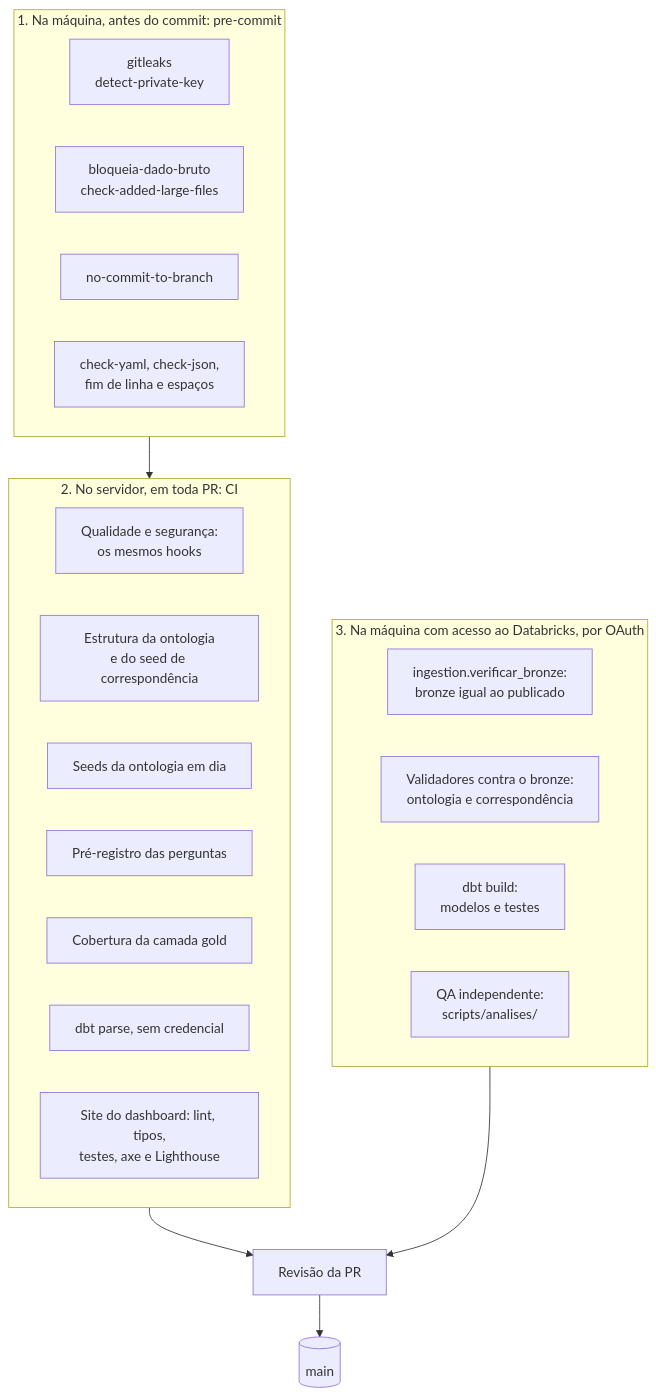
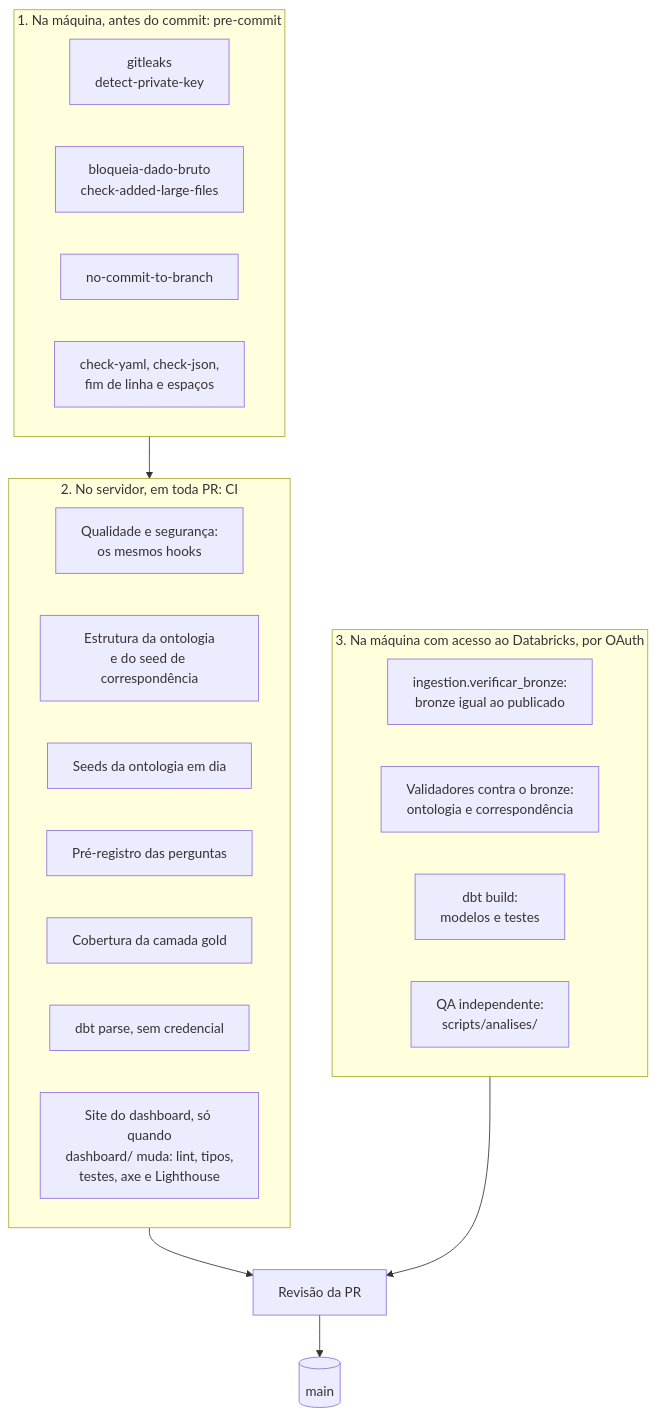
One commit to RCHRDYv/bcb-credito-governanca changed the third of 3 diagrams in docs/arquitetura.md. Above: the diagram before and after it, drawn with Mermaid. The commit also changed 1 other file, not shown here.

Commit message:
CI: o job do site roda so quando o site muda
Um job curto compara a PR com a base, ou o push com o commit anterior,
por git diff e sem action de terceiros. O job do site, o mais longo do
CI, so roda quando muda algo em dashboard/ ou no proprio workflow. Sem
base para comparar, roda tudo. A publicacao no Pages segue o job do site:
se ele for pulado, o site nao mudou. Qualidade e coerencia dos artefatos
continuam rodando sempre.

Closes #105

````diff
--- a/docs/arquitetura.md
+++ b/docs/arquitetura.md
@@ -222,32 +222,32 @@
 ```mermaid
 flowchart TB
     subgraph local["1. Na máquina, antes do commit: pre-commit"]
         direction LR
         h_seg["gitleaks<br/>detect-private-key"]
         h_dado["bloqueia-dado-bruto<br/>check-added-large-files"]
         h_ramo["no-commit-to-branch"]
         h_form["check-yaml, check-json,<br/>fim de linha e espaços"]
     end
 
     subgraph ci["2. No servidor, em toda PR: CI"]
         direction LR
         c_seg["Qualidade e segurança:<br/>os mesmos hooks"]
         c_est["Estrutura da ontologia<br/>e do seed de correspondência"]
         c_seed["Seeds da ontologia em dia"]
         c_per["Pré-registro das perguntas"]
         c_cob["Cobertura da camada gold"]
         c_dbt["dbt parse, sem credencial"]
-        c_dash["Site do dashboard: lint, tipos,<br/>testes, axe e Lighthouse"]
+        c_dash["Site do dashboard, só quando<br/>dashboard/ muda: lint, tipos,<br/>testes, axe e Lighthouse"]
     end
 
     subgraph dados["3. Na máquina com acesso ao Databricks, por OAuth"]
         direction LR
         d_bro["ingestion.verificar_bronze:<br/>bronze igual ao publicado"]
         d_val["Validadores contra o bronze:<br/>ontologia e correspondência"]
         d_dbt["dbt build:<br/>modelos e testes"]
         d_qa["QA independente:<br/>scripts/analises/"]
     end
 
     local --> ci --> revisao["Revisão da PR"] --> main[("main")]
     dados --> revisao
 ```
````
